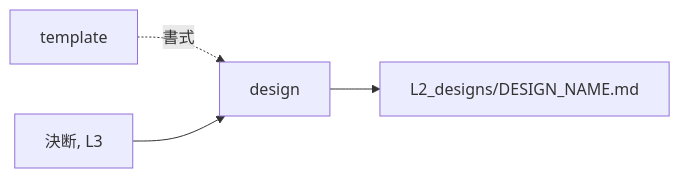
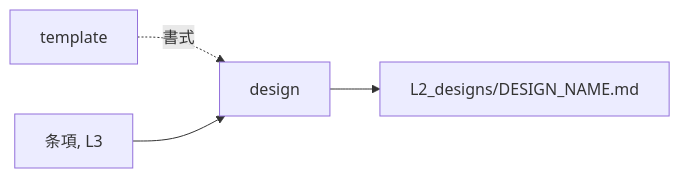
One commit to gameundwatch/archivist changed the diagram in docs/archivist/L2_designs/design.md. Above: the diagram before and after it, drawn with Mermaid. The commit also changed other lines of this file and 71 other files, not shown here.

````diff
--- a/docs/archivist/L2_designs/design.md
+++ b/docs/archivist/L2_designs/design.md
@@ -13,5 +13,5 @@
 ```mermaid
 flowchart LR
     TP["template"] -.書式.-> S["design"]
-    IN["決断, L3"] --> S --> OUT["L2_designs/DESIGN_NAME.md"]
+    IN["条項, L3"] --> S --> OUT["L2_designs/DESIGN_NAME.md"]
 ```
````
